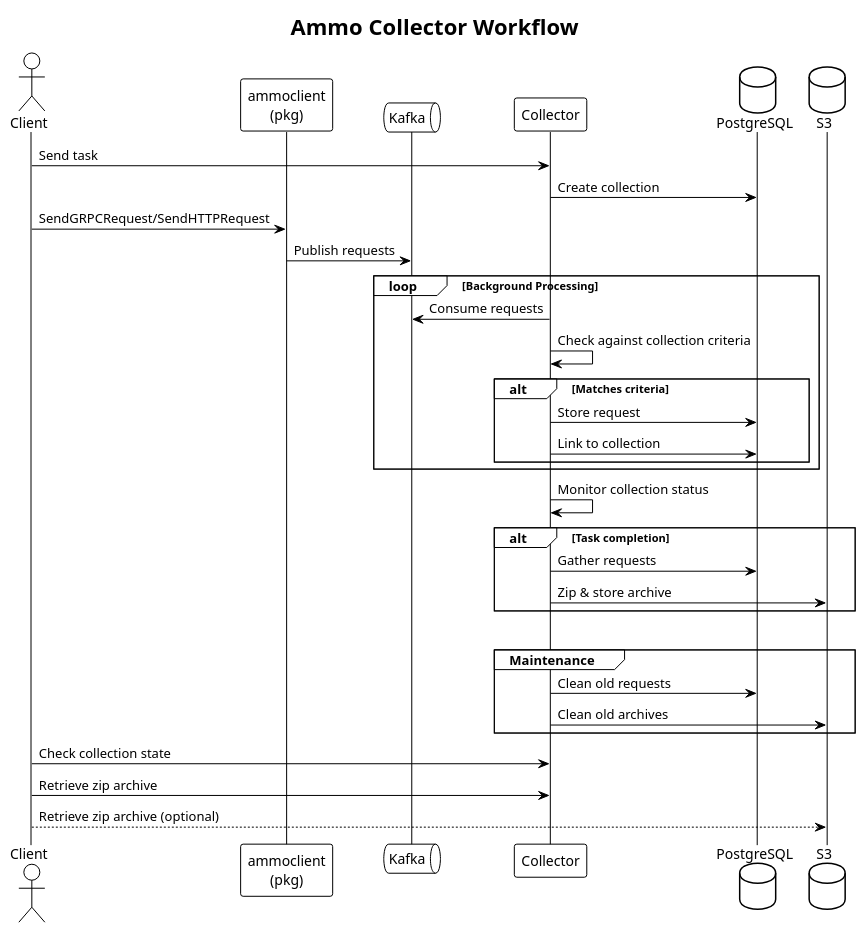
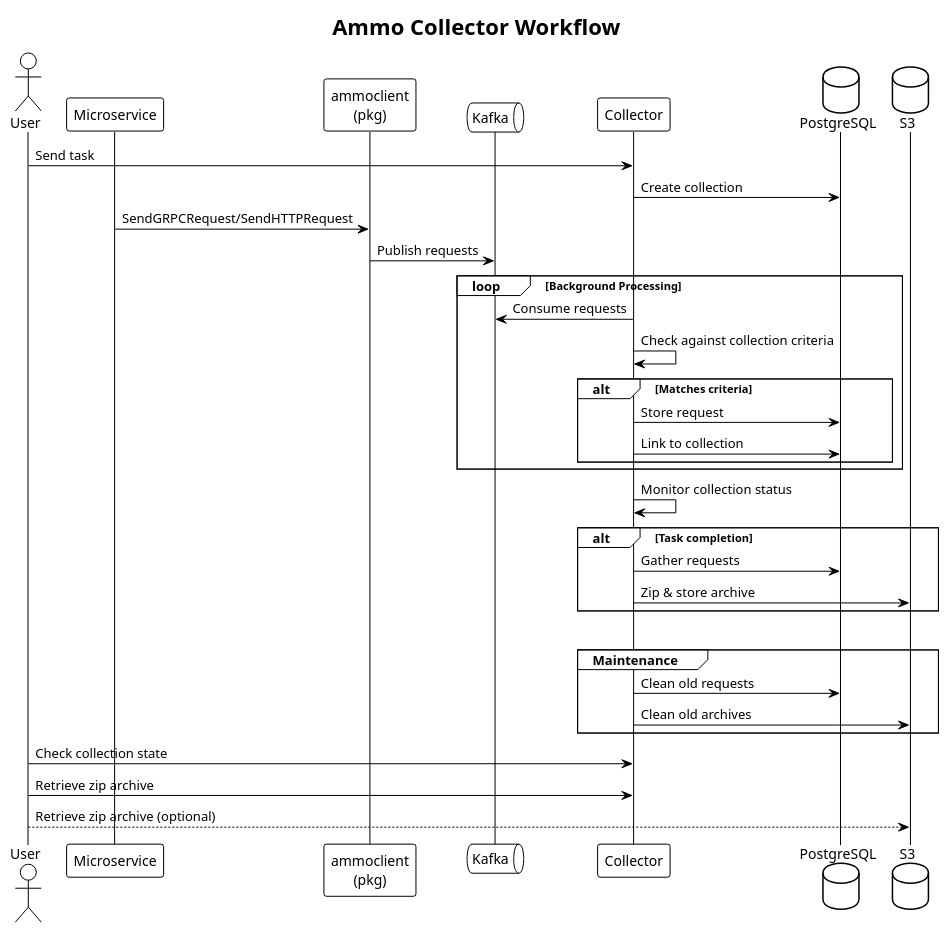
The diagram in docs/service-flow.puml (n-r-w/collector), drawn with PlantUML before and after one commit. The commit also changed 1 other file, not shown here.

```diff
--- a/docs/service-flow.puml
+++ b/docs/service-flow.puml
@@ -1,48 +1,49 @@
-@startuml
+@startuml Ammo Collector Workflow
 !theme plain
 
 title Ammo Collector Workflow
 
-actor Client
-Client -> Collector: Send task  
+actor User
+participant Microservice
+User -> Collector: Send task  
 
 participant AmmoClient as "ammoclient\n(pkg)"
 queue Kafka
 participant "Ammo Collector" as Collector
 database PostgreSQL
 database S3
 
 Collector -> PostgreSQL: Create collection
 
-Client -> AmmoClient: SendGRPCRequest/SendHTTPRequest
+Microservice -> AmmoClient: SendGRPCRequest/SendHTTPRequest
 AmmoClient -> Kafka: Publish requests
 
 loop Background Processing
   Collector -> Kafka: Consume requests
   Collector -> Collector: Check against collection criteria
   
   alt Matches criteria
     Collector -> PostgreSQL: Store request
     Collector -> PostgreSQL: Link to collection
   end
 end
 
 Collector -> Collector: Monitor collection status
 
 alt Task completion
   Collector -> PostgreSQL: Gather requests
   Collector -> S3: Zip & store archive  
 end
 
 |||
 
 group Maintenance
   Collector -> PostgreSQL: Clean old requests
   Collector -> S3: Clean old archives
 end
 
-Client -> Collector: Check collection state
-Client -> Collector: Retrieve zip archive
-Client --> S3: Retrieve zip archive (optional)
+User -> Collector: Check collection state
+User -> Collector: Retrieve zip archive
+User --> S3: Retrieve zip archive (optional)
 
 @enduml
```
